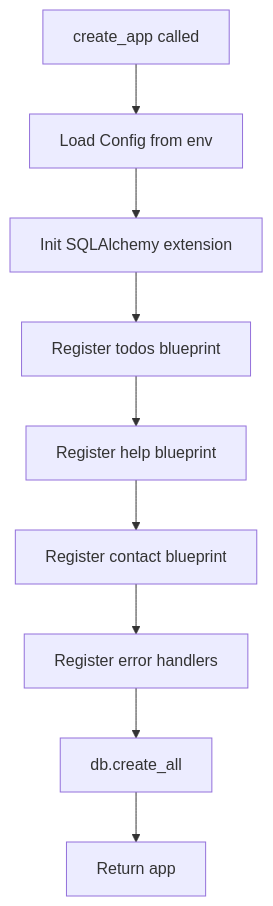
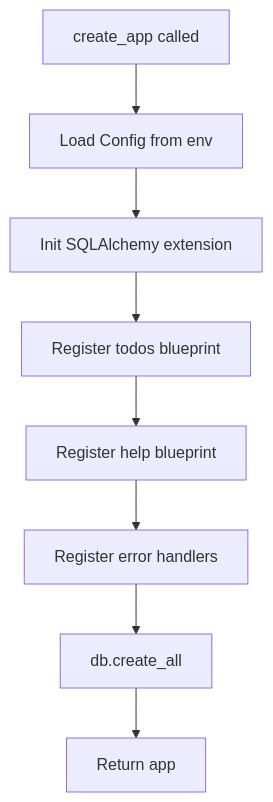
The diagram in .kiro/specs/todo-app/design.md (mark081/sdd-greenfield), drawn with Mermaid before and after one commit. The commit also changed other lines of this file and 14 other files, not shown here.

````diff
--- a/.kiro/specs/todo-app/design.md
+++ b/.kiro/specs/todo-app/design.md
@@ -69,11 +68,10 @@
 ```mermaid
 flowchart TD
     A[create_app called] --> B[Load Config from env]
     B --> C[Init SQLAlchemy extension]
     C --> D[Register todos blueprint]
     D --> E[Register help blueprint]
-    E --> E2[Register contact blueprint]
-    E2 --> F[Register error handlers]
+    E --> F[Register error handlers]
     F --> G[db.create_all]
     G --> H[Return app]
 ```
````
